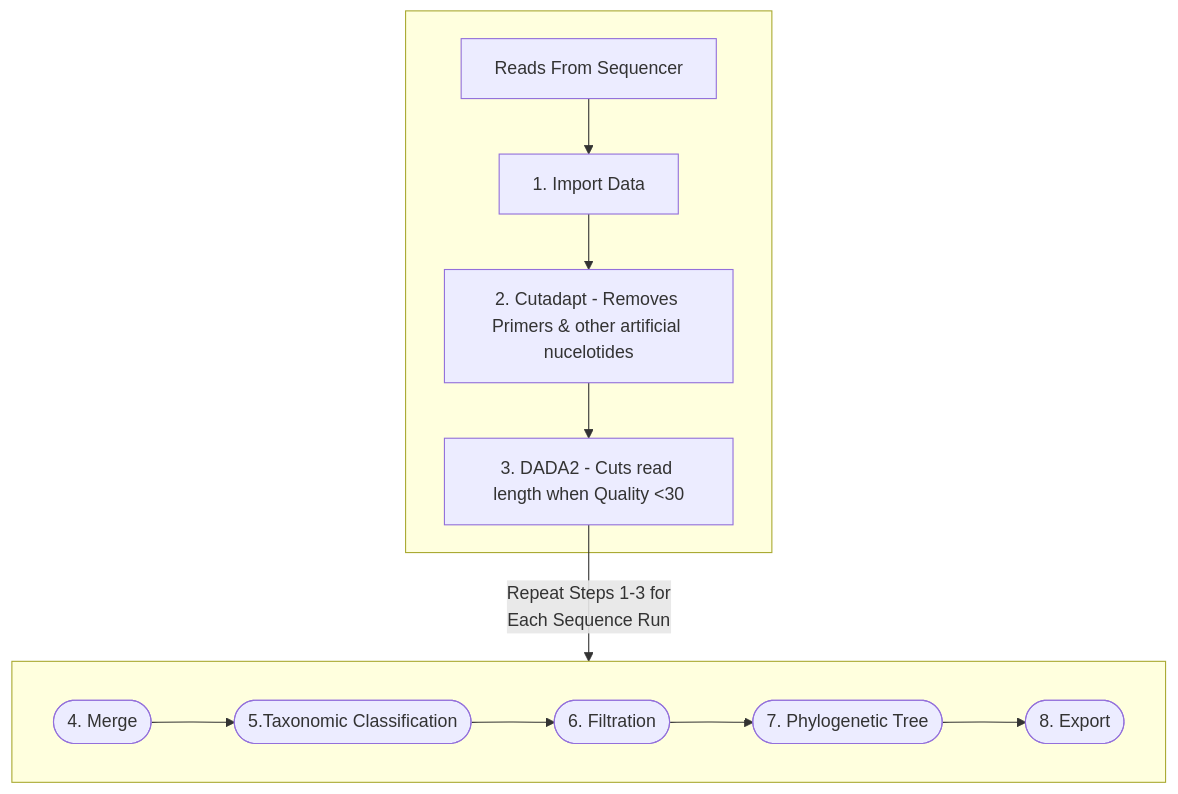
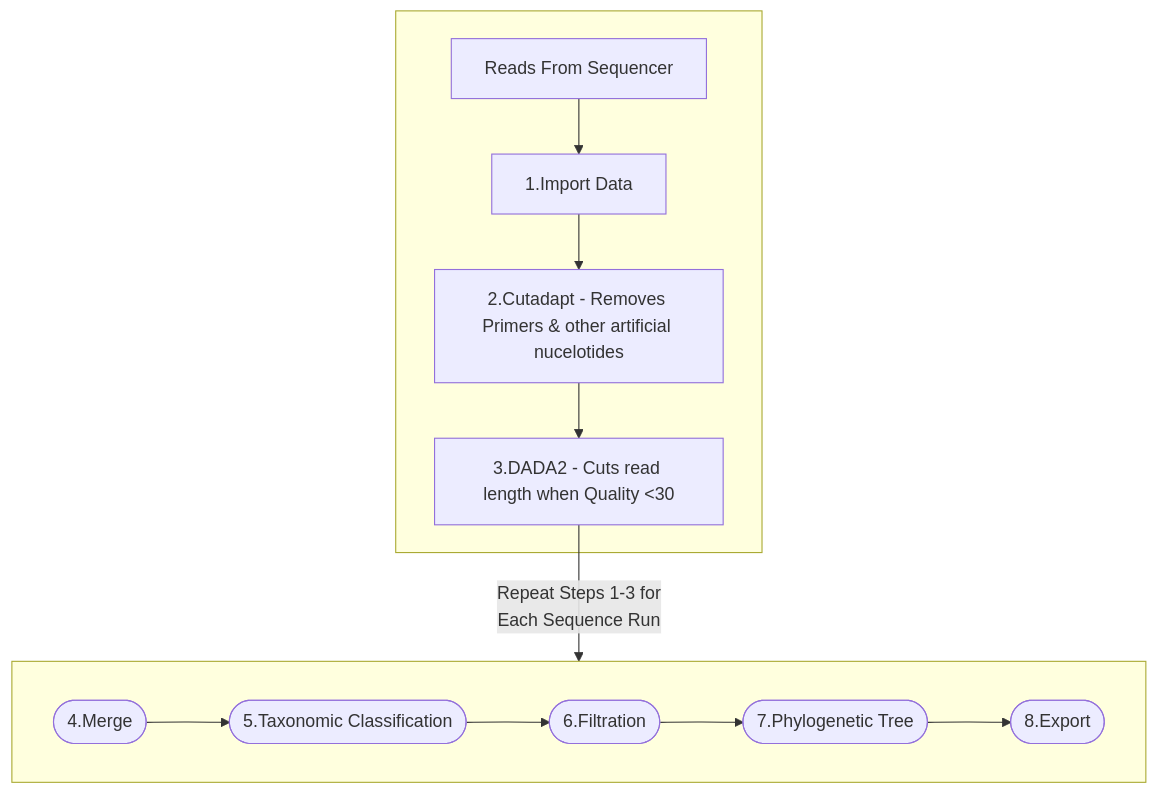
Before and after one commit to nmacknight/16s_OfavSCTLD: the diagram in Qiime2/Qiime2 Pipeline.md, drawn with Mermaid.

Commit message:
Update Qiime2 Pipeline.md

````diff
--- a/Qiime2/Qiime2 Pipeline.md
+++ b/Qiime2/Qiime2 Pipeline.md
@@ -10,17 +10,17 @@
 ```mermaid
 flowchart TD
 	subgraph  
-		A[Reads From Sequencer]-->B[ 1. Import Data];
-		B -->C[2. Cutadapt - Removes Primers & other artificial nucelotides];
-		C-->D[3. DADA2 - Cuts read length when Quality <30];
+		A[Reads From Sequencer]-->B[ 1.Import Data];
+		B -->C[2.Cutadapt - Removes Primers & other artificial nucelotides];
+		C-->D[3.DADA2 - Cuts read length when Quality <30];
 	end
 	subgraph  
 		direction LR
-		D--Repeat Steps 1-3 for<br/>Each Sequence Run-->E([4. Merge]);
+		D--Repeat Steps 1-3 for<br/>Each Sequence Run-->E([4.Merge]);
 		E-->F([5.Taxonomic Classification]);
-		F-->G([6. Filtration]);
-		G-->H([7. Phylogenetic Tree]);
-		H-->I([8. Export]);
+		F-->G([6.Filtration]);
+		G-->H([7.Phylogenetic Tree]);
+		H-->I([8.Export]);
 	end
 
 ```
````
